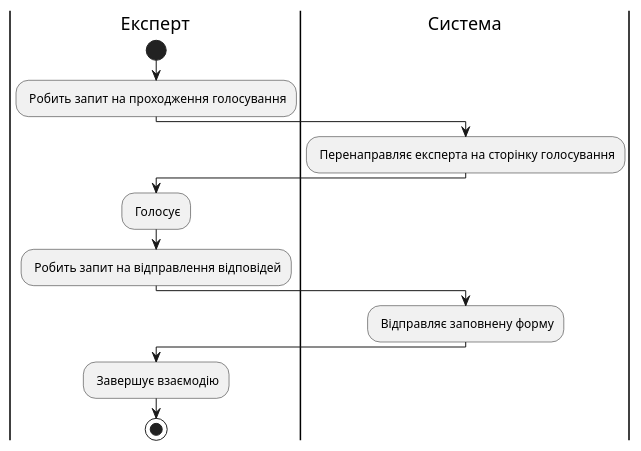
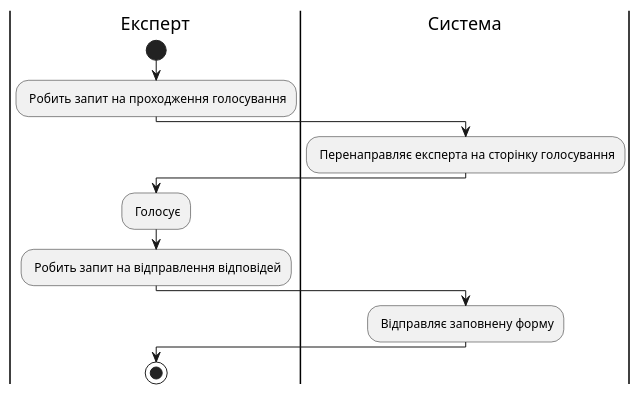
Diagram 16 of 16 in docs/use cases/README.md (YehorSeniuk/IOO), drawn with PlantUML before and after one commit. The commit also changed other lines of this file, not shown here.

```diff
--- a/docs/use cases/README.md
+++ b/docs/use cases/README.md
@@ -342,20 +388,19 @@
 @startuml
 |Експерт|
 start;
 : Робить запит на проходження голосування;
 
 
 |Система|
 : Перенаправляє експерта на сторінку голосування;
 
 |Експерт|
 : Голосує;
 : Робить запит на відправлення відповідей;
 
 |Система|
 : Відправляє заповнену форму;
 
 |Експерт|
-: Завершує взаємодію;
 stop;
 @enduml
```
